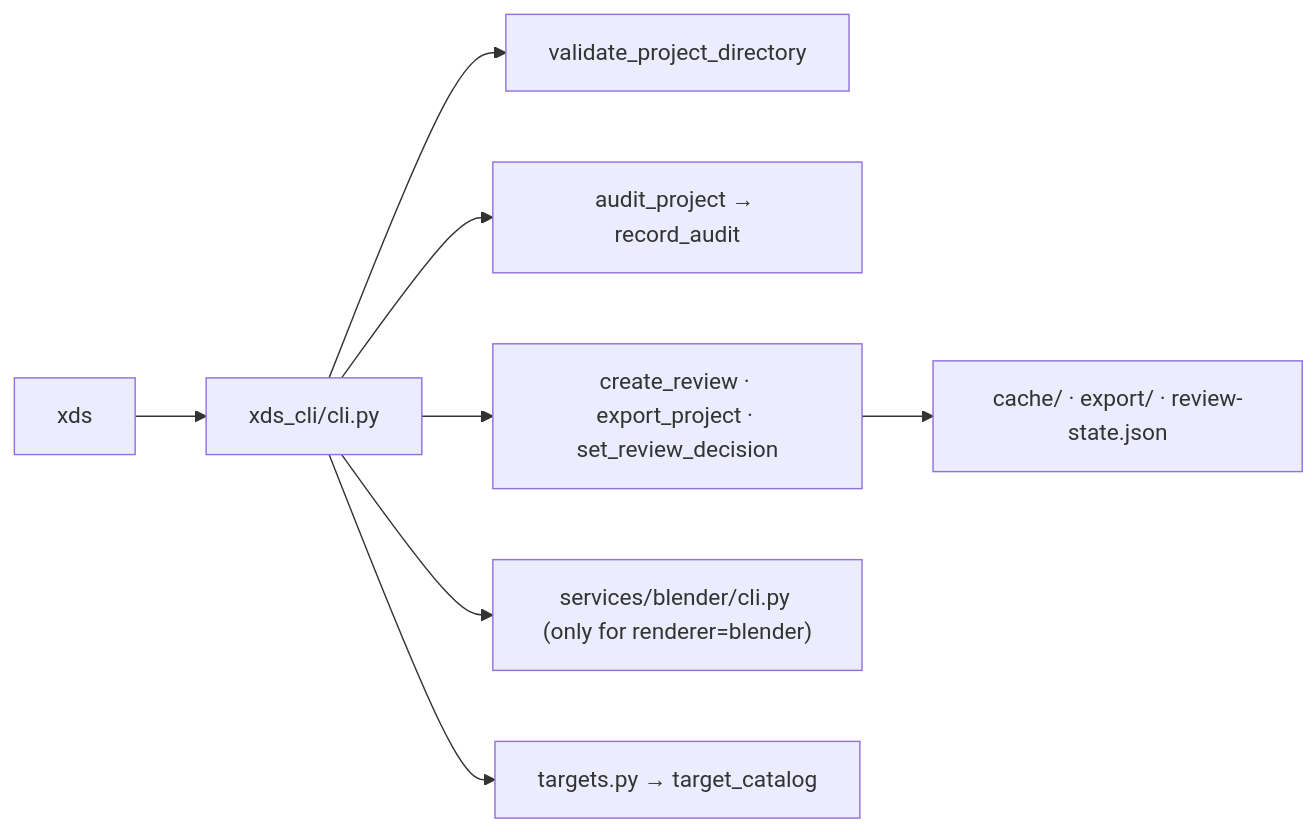
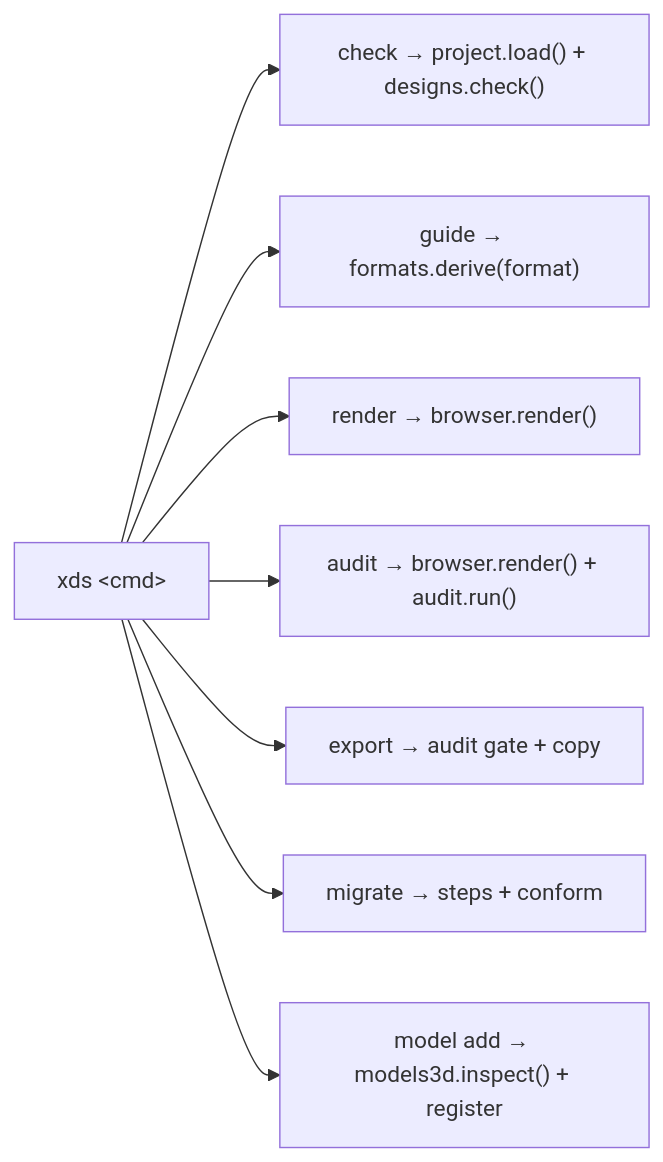
One commit to AvikArefin/xds changed the third of 5 diagrams in docs/dataflow.md. Above: the diagram before and after it, drawn with Mermaid. The commit also changed other lines of this file and 8 other files, not shown here.

First line of the commit message:
docs: rework architecture for v2

````diff
--- a/docs/dataflow.md
+++ b/docs/dataflow.md
@@ -193,10 +126,10 @@
 ```mermaid
 flowchart LR
-  CLI["xds <cmd>"] --> Handler["xds_cli/cli.py"]
-  Handler --> Val["validate_project_directory"]
-  Handler --> Audit["audit_project → record_audit"]
-  Handler --> Pipe["create_review · export_project · set_review_decision"]
-  Handler --> Bl["services/blender/cli.py (only for renderer=blender)"]
-  Handler --> Target["targets.py → target_catalog"]
-  Pipe --> Disk["cache/ · export/ · review-state.json"]
+  CLI["xds &lt;cmd&gt;"] --> check["check → project.load() + designs.check()"]
+  CLI --> guide["guide → formats.derive(format)"]
+  CLI --> render["render → browser.render()"]
+  CLI --> audit["audit → browser.render() + audit.run()"]
+  CLI --> export["export → audit gate + copy"]
+  CLI --> migrate["migrate → steps + conform"]
+  CLI --> model["model add → models3d.inspect() + register"]
 ```
````
